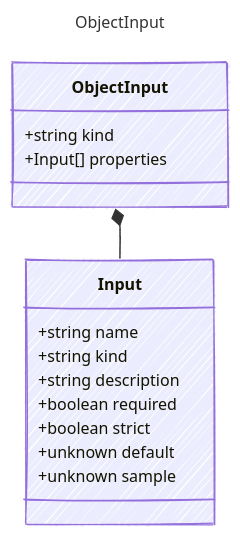
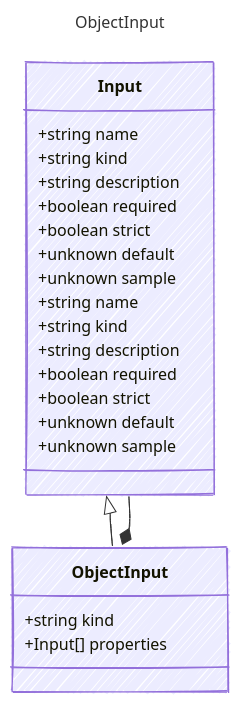
One commit to microsoft/prompty changed the diagram in specification/prompty/docs/ObjectInput.md. Above: the diagram before and after it, drawn with Mermaid. The commit also changed 24 other files, not shown here.

````diff
--- a/specification/prompty/docs/ObjectInput.md
+++ b/specification/prompty/docs/ObjectInput.md
@@ -8,26 +8,36 @@
 ```mermaid
 ---
 title: ObjectInput
 config:
   look: handDrawn
   theme: colorful
   class:
     hideEmptyMembersBox: true
 ---
 classDiagram
+    class Input {
+        +string name
+        +string kind
+        +string description
+        +boolean required
+        +boolean strict
+        +unknown default
+        +unknown sample
+    }
+    Input <|-- ObjectInput
     class ObjectInput {
       
         +string kind
         +Input[] properties
     }
     class Input {
         +string name
         +string kind
         +string description
         +boolean required
         +boolean strict
         +unknown default
         +unknown sample
     }
     ObjectInput *-- Input
 ```
````
